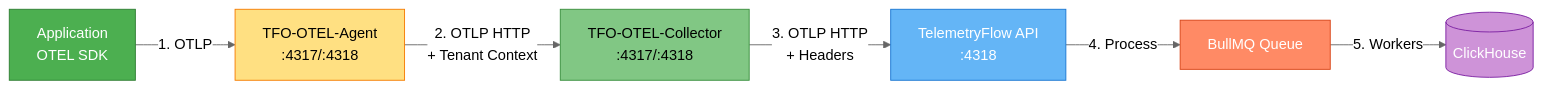
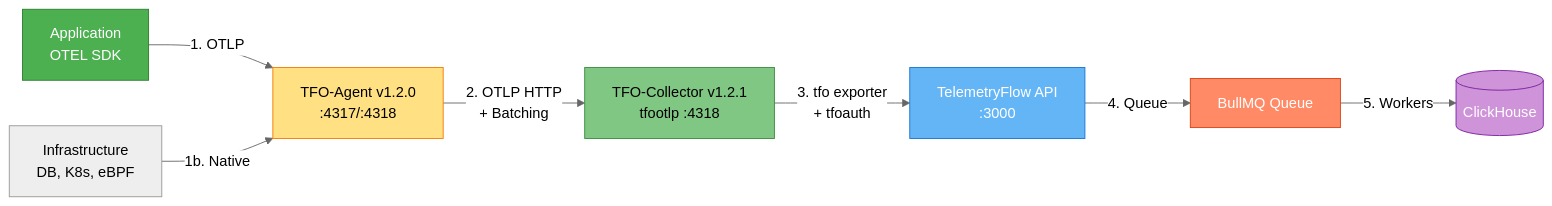
Before and after one commit to telemetryflow/telemetryflow-overview: the first of 4 diagrams in tfo-otel/INGESTION-FLOW.md, drawn with Mermaid (neutral theme). The commit also changed other lines of this file and 68 other files, not shown here.

````diff
--- a/tfo-otel/INGESTION-FLOW.md
+++ b/tfo-otel/INGESTION-FLOW.md
@@ -30,15 +30,16 @@
 ```mermaid
 graph LR
-    APP[Application<br/>OTEL SDK] -->|1. OTLP| AGENT[TFO-OTEL-Agent<br/>:4317/:4318]
-    AGENT -->|2. OTLP HTTP<br/>+ Tenant Context| COLLECTOR[TFO-OTEL-Collector<br/>:4317/:4318]
-    COLLECTOR -->|3. OTLP HTTP<br/>+ Headers| API[TelemetryFlow API<br/>:4318]
-    API -->|4. Process| QUEUE[BullMQ Queue]
+    APP[Application<br/>OTEL SDK] -->|1. OTLP| AGENT[TFO-Agent v1.2.0<br/>:4317/:4318]
+    INFRA[Infrastructure<br/>DB, K8s, eBPF] -->|1b. Native| AGENT
+    AGENT -->|2. OTLP HTTP<br/>+ Batching| COLLECTOR[TFO-Collector v1.2.1<br/>tfootlp :4318]
+    COLLECTOR -->|3. tfo exporter<br/>+ tfoauth| API[TelemetryFlow API<br/>:3000]
+    API -->|4. Queue| QUEUE[BullMQ Queue]
     QUEUE -->|5. Workers| CH[(ClickHouse)]
 
     style APP fill:#4CAF50,stroke:#2E7D32,color:#fff
     style AGENT fill:#FFE082,stroke:#F57C00,color:#000
     style COLLECTOR fill:#81C784,stroke:#388E3C,color:#000
     style API fill:#64B5F6,stroke:#1976D2,color:#fff
     style QUEUE fill:#FF8A65,stroke:#D84315,color:#fff
     style CH fill:#CE93D8,stroke:#7B1FA2,color:#fff
 ```
````
